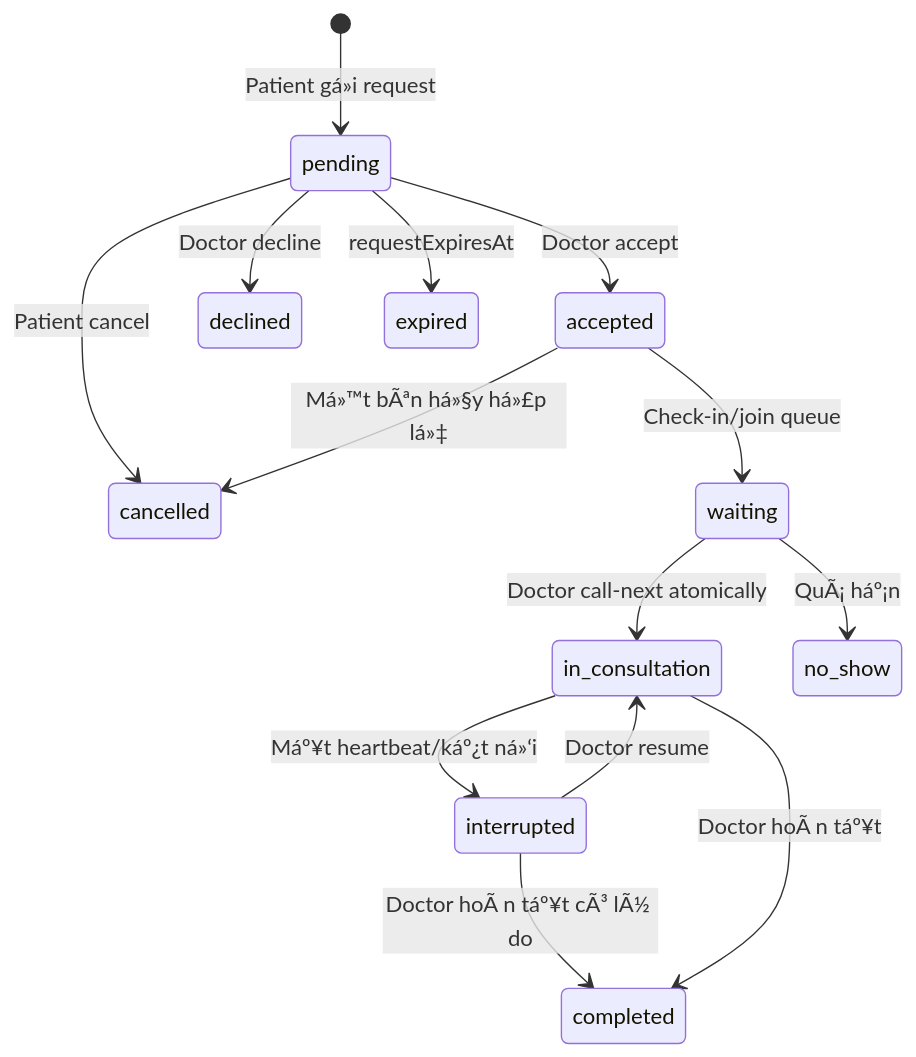
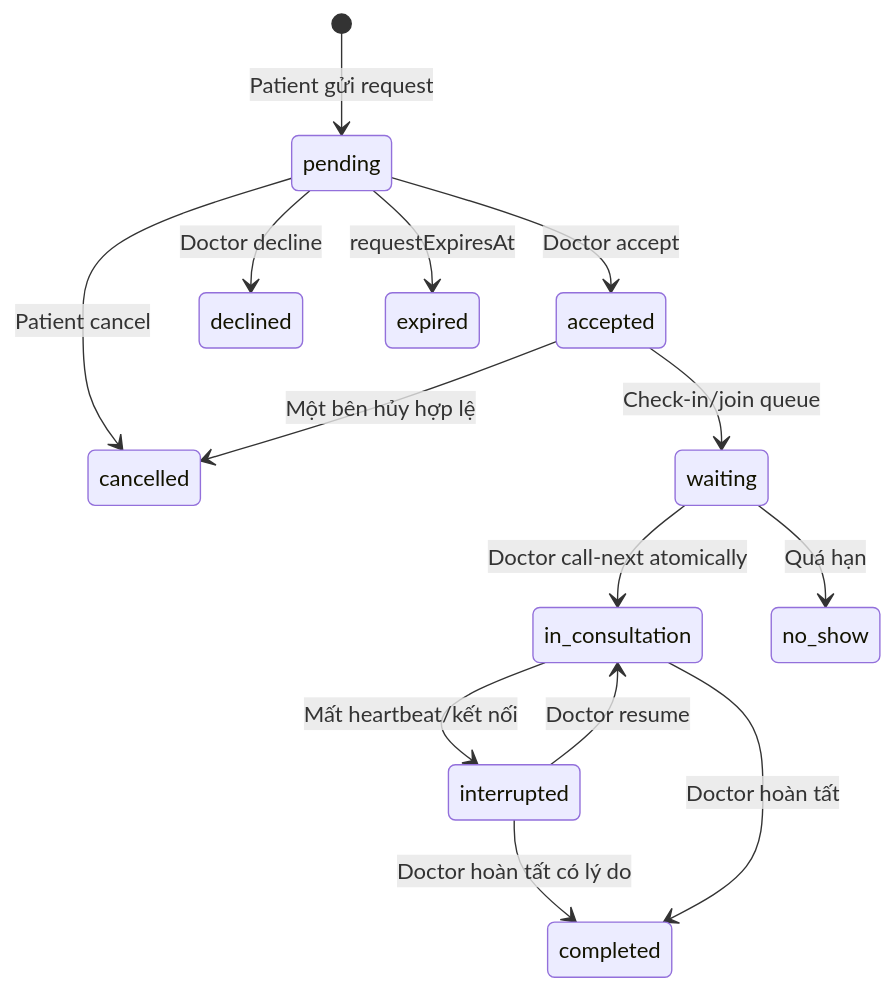
The second of 4 diagrams in docs/product-spec.md (Bakaguya-sama/Healthcare-System), drawn with Mermaid before and after one commit. The commit also changed other lines of this file, not shown here.

````diff
--- a/docs/product-spec.md
+++ b/docs/product-spec.md
@@ -485,16 +484,16 @@
 ```mermaid
 stateDiagram-v2
-    [*] --> pending: Patient gá»­i request
+    [*] --> pending: Patient gửi request
     pending --> accepted: Doctor accept
     pending --> declined: Doctor decline
     pending --> cancelled: Patient cancel
     pending --> expired: requestExpiresAt
     accepted --> waiting: Check-in/join queue
-    accepted --> cancelled: Má»™t bÃªn há»§y há»£p lá»‡
+    accepted --> cancelled: Một bên hủy hợp lệ
     waiting --> in_consultation: Doctor call-next atomically
-    waiting --> no_show: QuÃ¡ háº¡n
-    in_consultation --> interrupted: Máº¥t heartbeat/káº¿t ná»‘i
+    waiting --> no_show: Quá hạn
+    in_consultation --> interrupted: Mất heartbeat/kết nối
     interrupted --> in_consultation: Doctor resume
-    interrupted --> completed: Doctor hoÃ n táº¥t cÃ³ lÃ½ do
-    in_consultation --> completed: Doctor hoÃ n táº¥t
+    interrupted --> completed: Doctor hoàn tất có lý do
+    in_consultation --> completed: Doctor hoàn tất
 ```
````
